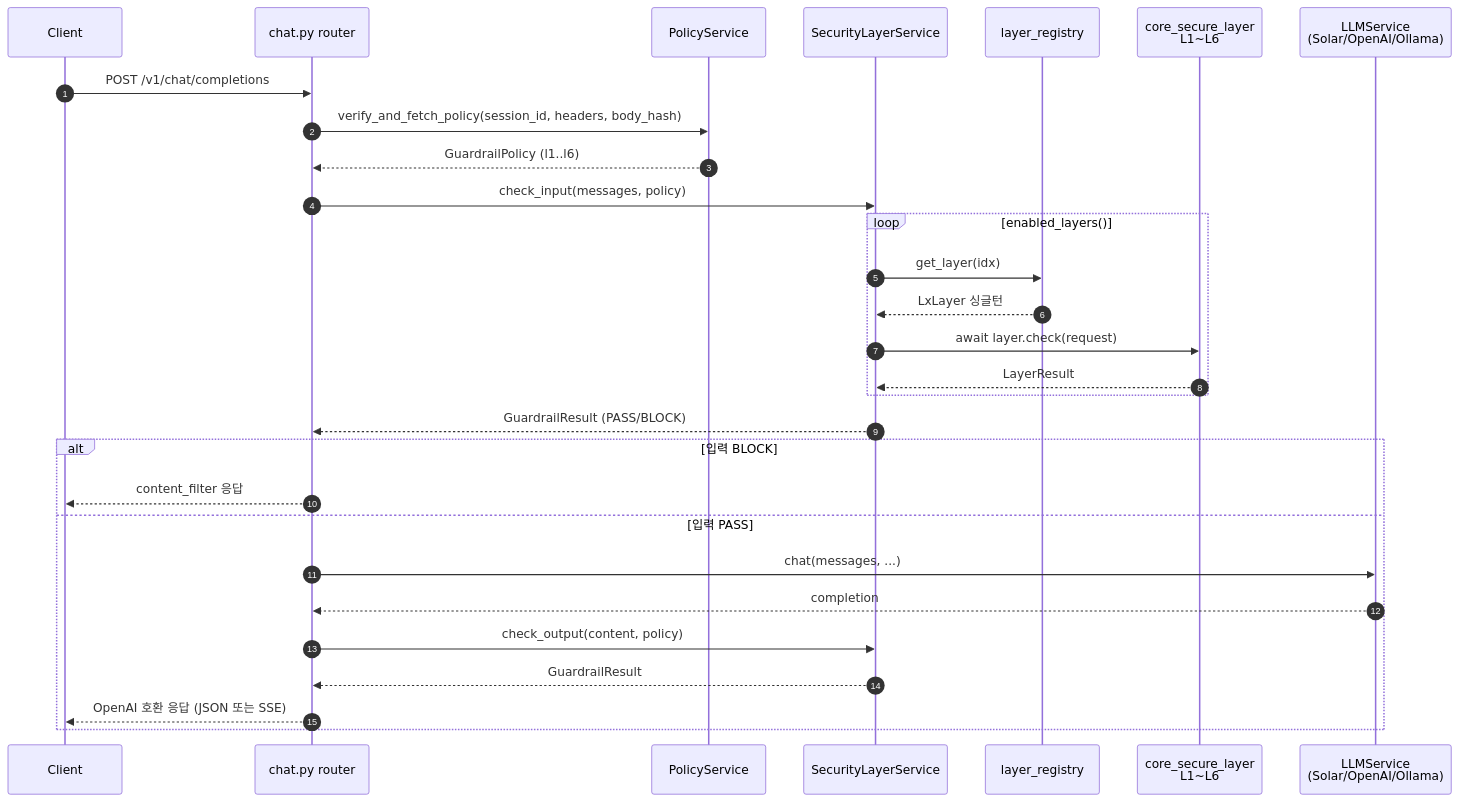
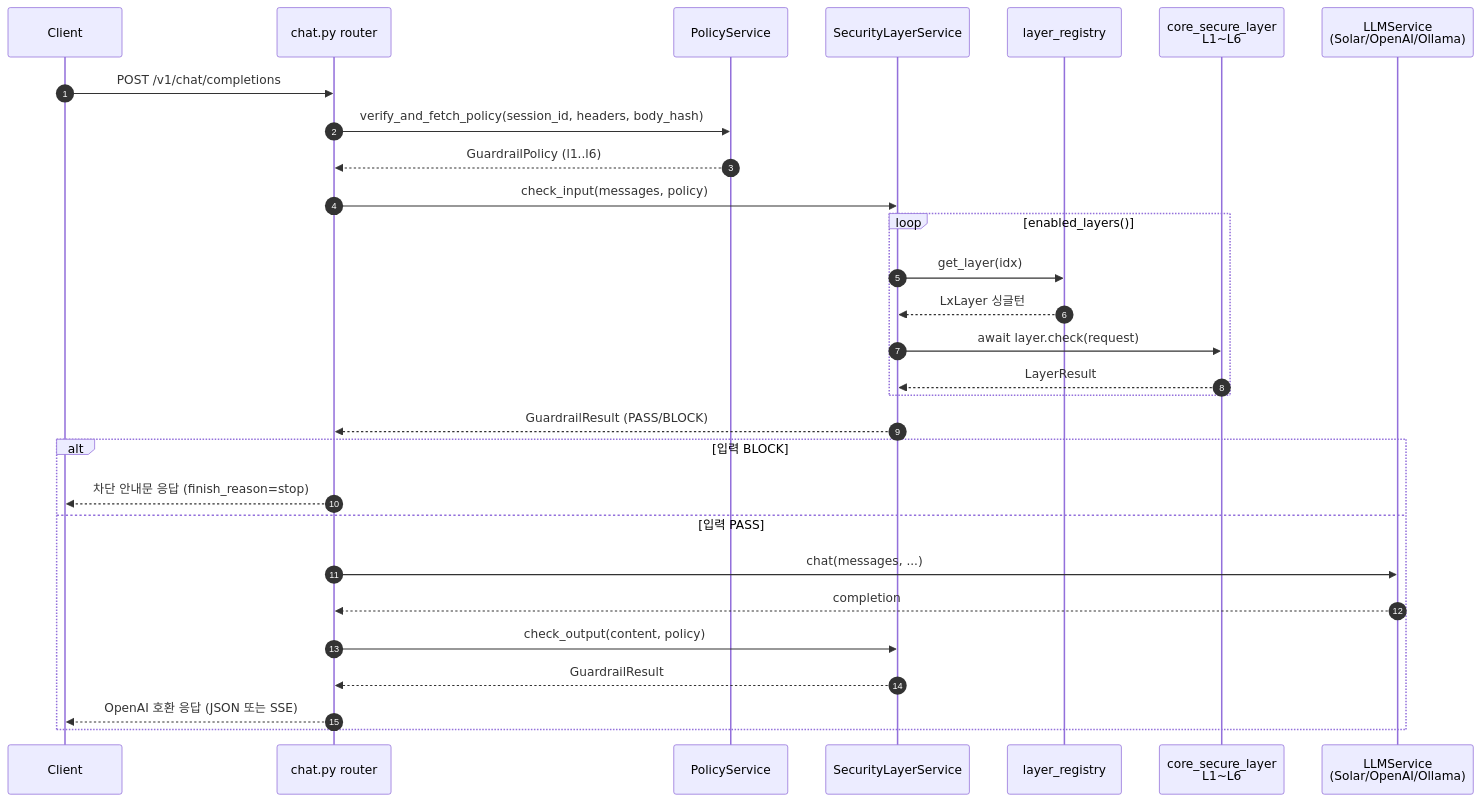
The diagram in gateway-backend/docs/architecture-overview.md (djpark0402/agentic-ai-guardrail), drawn with Mermaid before and after one commit. The commit also changed other lines of this file and 6 other files, not shown here.

````diff
--- a/gateway-backend/docs/architecture-overview.md
+++ b/gateway-backend/docs/architecture-overview.md
@@ -207,32 +207,32 @@
 ```mermaid
 sequenceDiagram
     autonumber
     participant C as Client
     participant R as chat.py router
     participant P as PolicyService
     participant S as SecurityLayerService
     participant Reg as layer_registry
     participant Core as core_secure_layer<br/>L1~L6
     participant LLM as LLMService<br/>(Solar/OpenAI/Ollama)
 
     C->>R: POST /v1/chat/completions
     R->>P: verify_and_fetch_policy(session_id, headers, body_hash)
     P-->>R: GuardrailPolicy (l1..l6)
     R->>S: check_input(messages, policy)
     loop enabled_layers()
         S->>Reg: get_layer(idx)
         Reg-->>S: LxLayer 싱글턴
         S->>Core: await layer.check(request)
         Core-->>S: LayerResult
     end
     S-->>R: GuardrailResult (PASS/BLOCK)
     alt 입력 BLOCK
-        R-->>C: content_filter 응답
+        R-->>C: 차단 안내문 응답 (finish_reason=stop)
     else 입력 PASS
         R->>LLM: chat(messages, ...)
         LLM-->>R: completion
         R->>S: check_output(content, policy)
         S-->>R: GuardrailResult
         R-->>C: OpenAI 호환 응답 (JSON 또는 SSE)
     end
 ```
````
